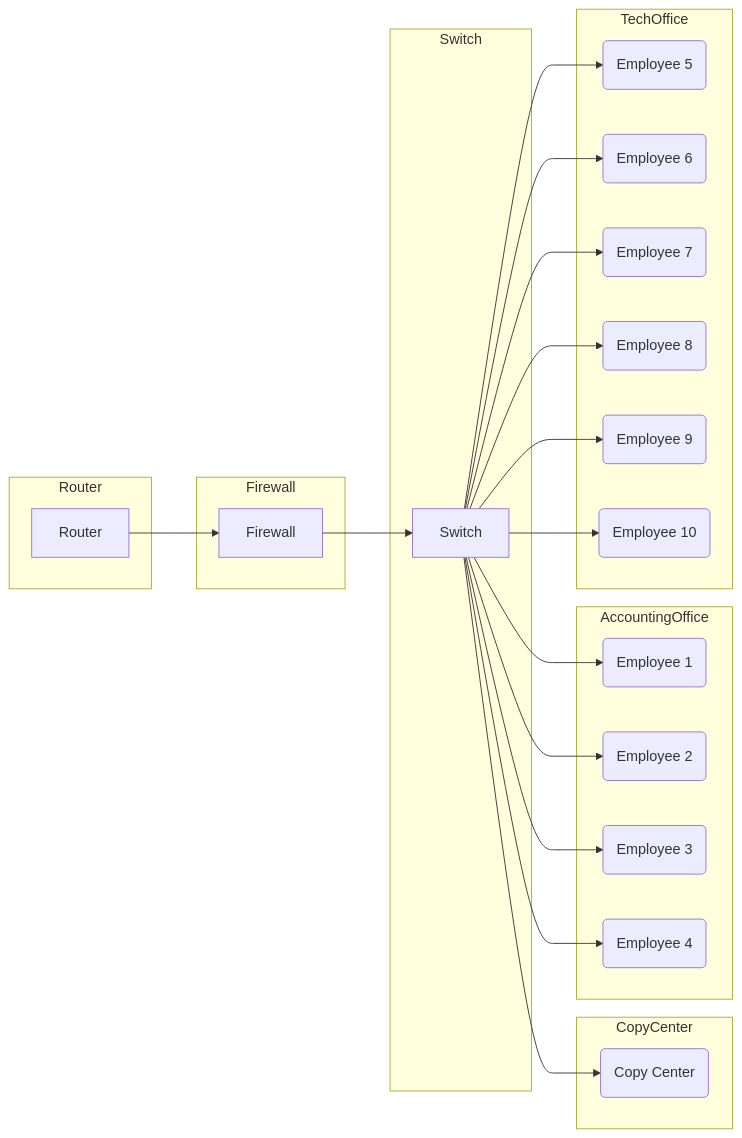
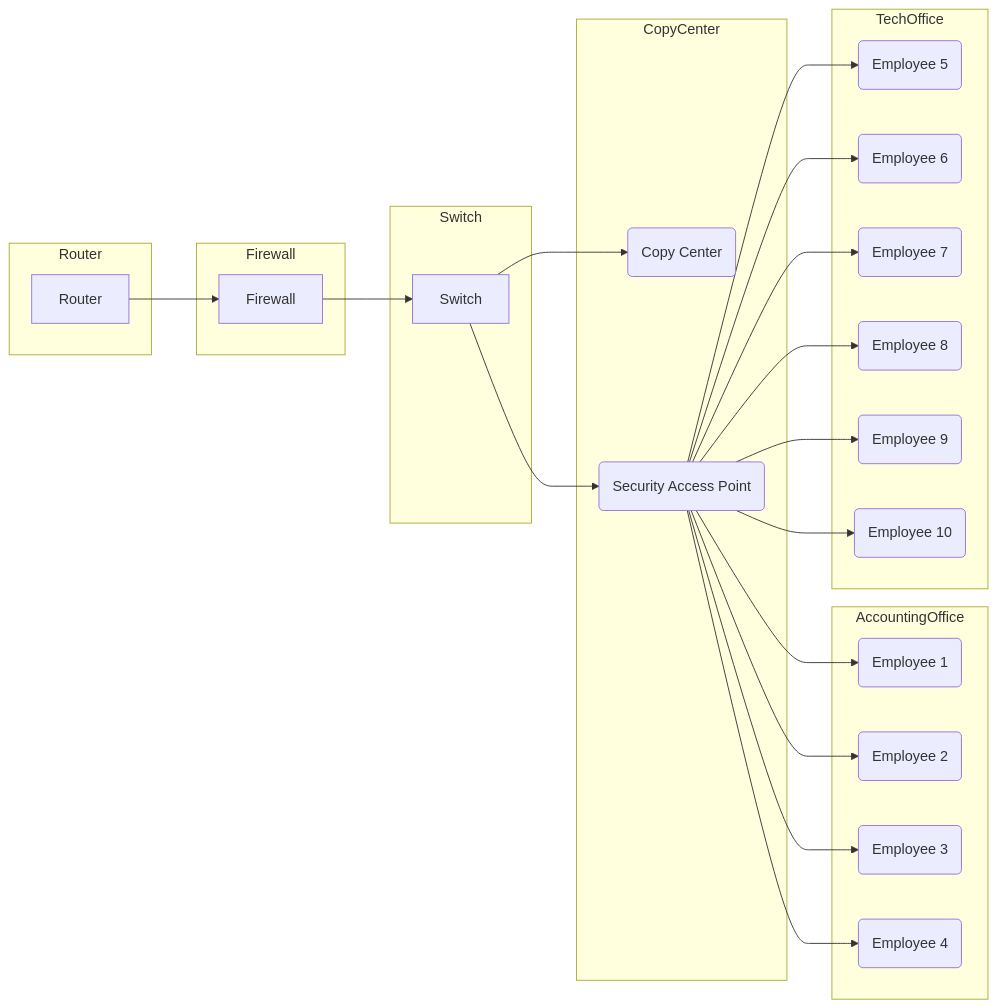
The diagram in network_diagram.mmd (gabe91/Inflation), drawn with Mermaid before and after one commit. The commit also changed other lines of this file, not shown here.

```diff
--- a/network_diagram.mmd
+++ b/network_diagram.mmd
@@ -1,46 +1,48 @@
 graph LR
     subgraph Router
         r[Router]
     end
 
     subgraph Firewall
         f[Firewall]
     end
 
     subgraph Switch
         sw[Switch]
     end
     
     subgraph CopyCenter
         cc(Copy Center)
+        sap(Security Access Point)
     end
 
     subgraph AccountingOffice
         ao1(Employee 1)
         ao2(Employee 2)
         ao3(Employee 3)
         ao4(Employee 4)
     end
 
     subgraph TechOffice
         to1(Employee 5)
         to2(Employee 6)
         to3(Employee 7)
         to4(Employee 8)
         to5(Employee 9)
         to6(Employee 10)
     end
 
     r --> f
     f --> sw
     sw --> cc
-    sw --> ao1
-    sw --> ao2
-    sw --> ao3
-    sw --> ao4
-    sw --> to1
-    sw --> to2
-    sw --> to3
-    sw --> to4
-    sw --> to5
-    sw --> to6
+    sw --> sap
+    sap --> ao1
+    sap --> ao2
+    sap --> ao3
+    sap --> ao4
+    sap --> to1
+    sap --> to2
+    sap --> to3
+    sap --> to4
+    sap --> to5
+    sap --> to6
```
